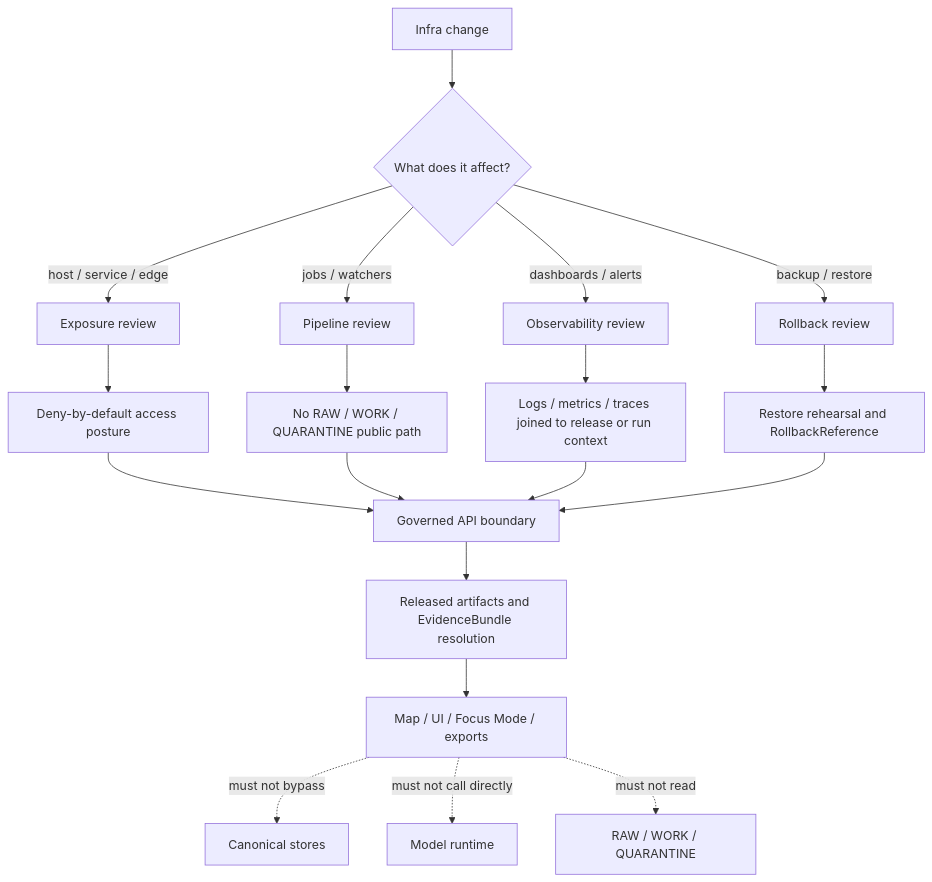
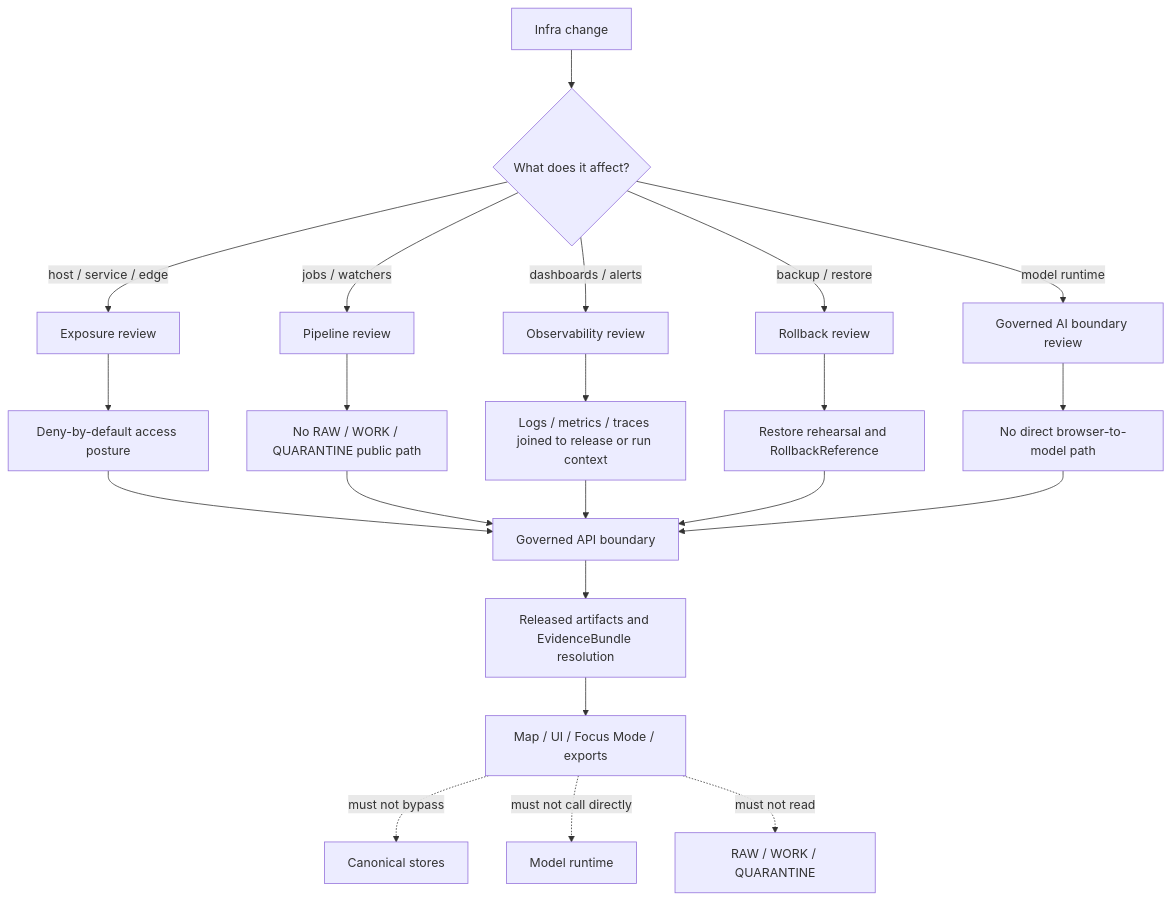
One commit to bartytime4life/Kansas-Frontier-Matrix changed the first of 2 diagrams in infra/README.md. Above: the diagram before and after it, drawn with Mermaid. The commit also changed other lines of this file, not shown here.

````diff
--- a/infra/README.md
+++ b/infra/README.md
@@ -254,26 +381,29 @@
 ```mermaid
 flowchart TD
     A[Infra change] --> B{What does it affect?}
 
     B -->|host / service / edge| C[Exposure review]
     B -->|jobs / watchers| D[Pipeline review]
     B -->|dashboards / alerts| E[Observability review]
     B -->|backup / restore| F[Rollback review]
+    B -->|model runtime| Q[Governed AI boundary review]
 
     C --> G[Deny-by-default access posture]
     D --> H[No RAW / WORK / QUARANTINE public path]
     E --> I[Logs / metrics / traces joined to release or run context]
     F --> J[Restore rehearsal and RollbackReference]
+    Q --> R[No direct browser-to-model path]
 
     G --> K[Governed API boundary]
     H --> K
     I --> K
     J --> K
+    R --> K
 
     K --> L[Released artifacts and EvidenceBundle resolution]
     L --> M[Map / UI / Focus Mode / exports]
 
     M -. must not bypass .-> N[Canonical stores]
     M -. must not call directly .-> O[Model runtime]
     M -. must not read .-> P[RAW / WORK / QUARANTINE]
 ```
````
